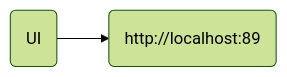
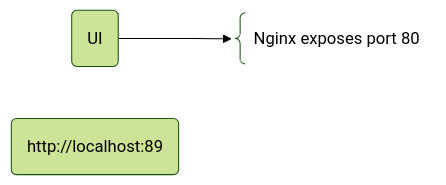
One commit to chump29/sober changed the first of 2 diagrams in README.md. Above: the diagram before and after it, drawn with Mermaid (forest theme). The commit also changed other lines of this file and 1 other file, not shown here.

````diff
--- a/README.md
+++ b/README.md
@@ -9,6 +9,6 @@
 ```mermaid
 flowchart LR
 ui@{shape: rounded, label: "UI"}
 uiPort@{shape: rounded, label: "http://localhost:89"}
-ui-->uiPort
+ui-->uiPortport@{shape: comment, label: "&nbsp; Nginx exposes port 80"}
 ```
````
